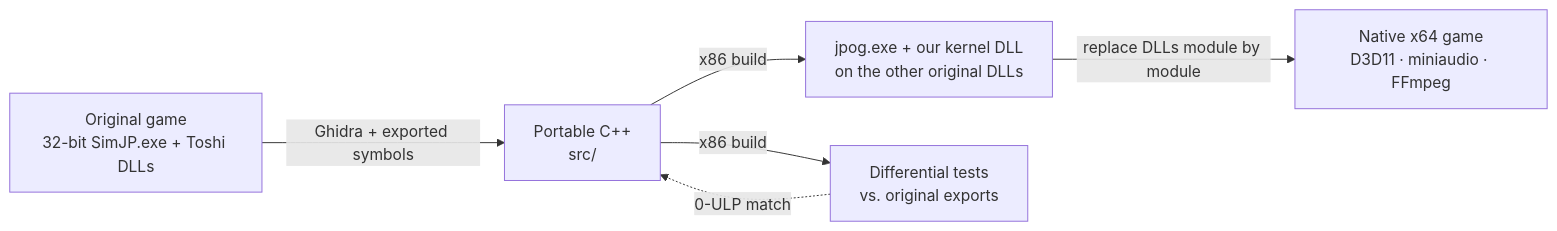
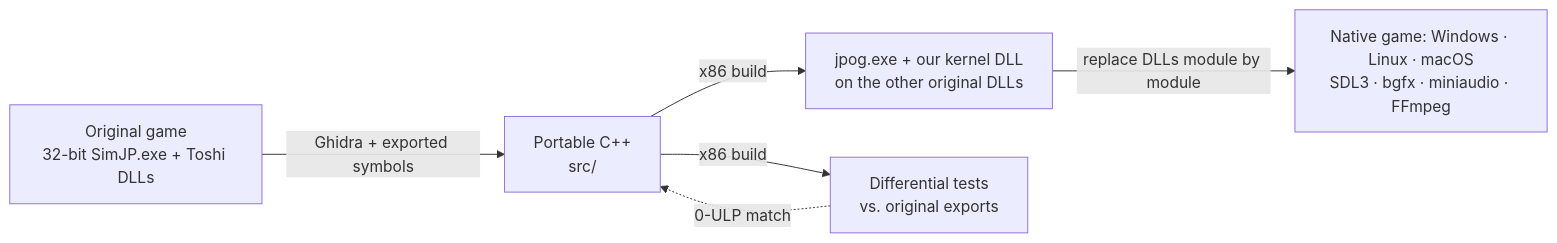
Before and after one commit to Voikanaa/jpog-decomp: the diagram in README.md, drawn with Mermaid. The commit also changed other lines of this file and 3 other files, not shown here.

````diff
--- a/README.md
+++ b/README.md
@@ -41,8 +41,8 @@
 ```mermaid
 flowchart LR
     A["Original game<br/>32-bit SimJP.exe + Toshi DLLs"] -->|"Ghidra + exported symbols"| B["Portable C++<br/>src/"]
     B -->|"x86 build"| C["jpog.exe + our kernel DLL<br/>on the other original DLLs"]
     B -->|"x86 build"| T["Differential tests<br/>vs. original exports"]
     T -.->|"0-ULP match"| B
-    C -->|"replace DLLs module by module"| D["Native x64 game<br/>D3D11 · miniaudio · FFmpeg"]
+    C -->|"replace DLLs module by module"| D["Native game: Windows · Linux · macOS<br/>SDL3 · bgfx · miniaudio · FFmpeg"]
 ```
````
